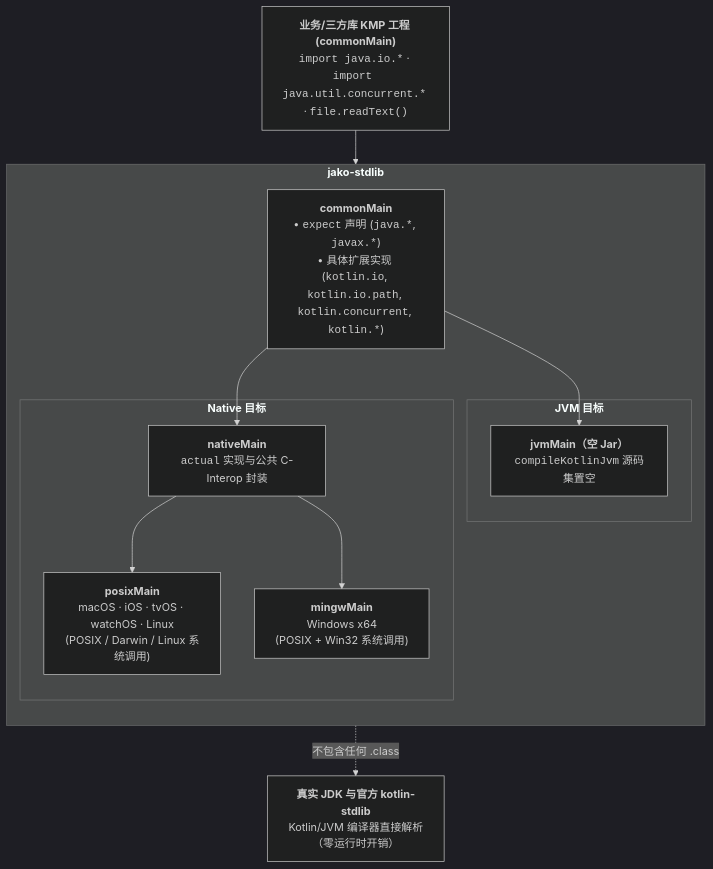
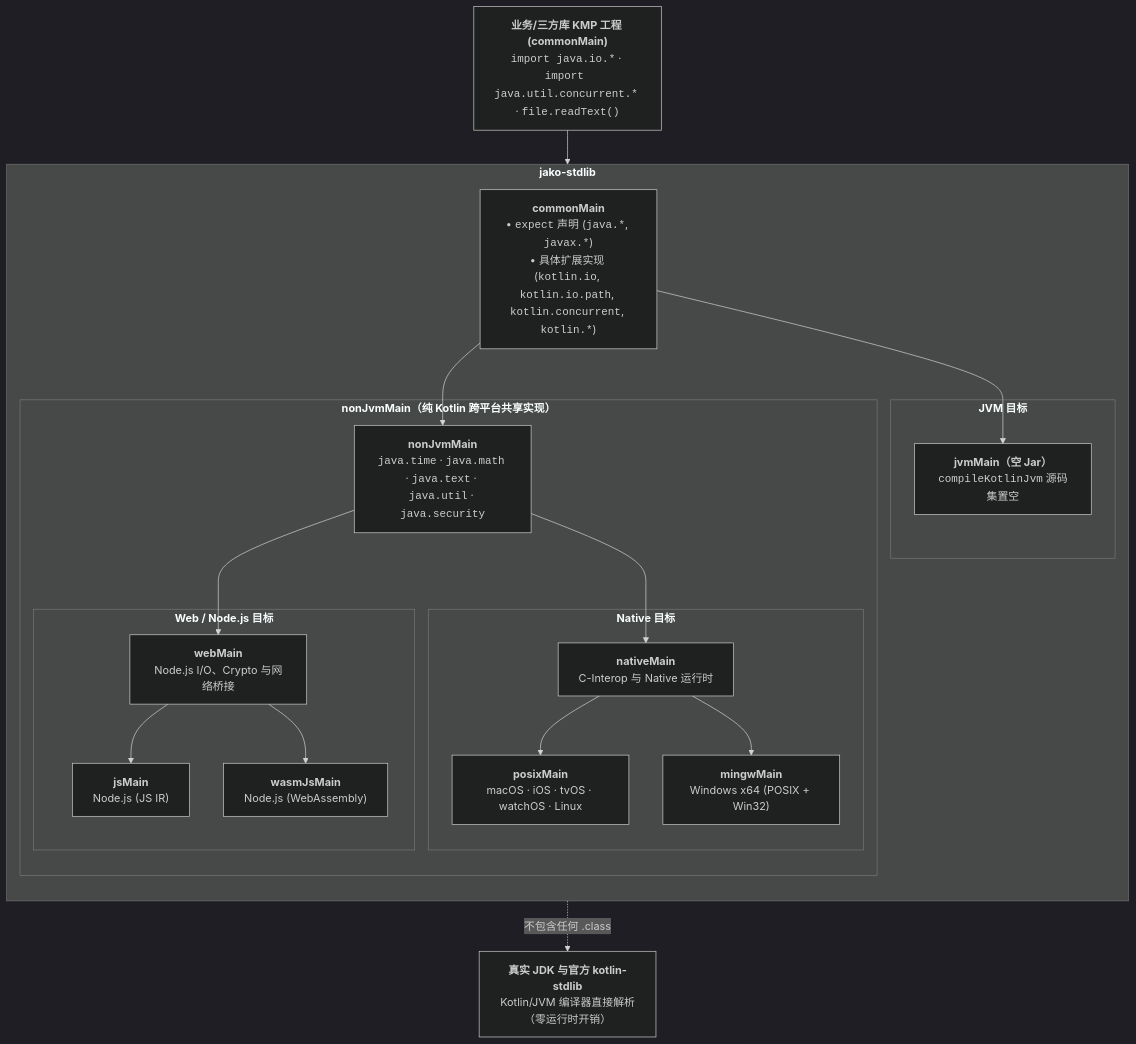
The diagram in README_zh.md (jako-projects/jako), drawn with Mermaid (dark theme) before and after one commit. The commit also changed other lines of this file and 770 other files, not shown here.

Commit message:
feat: add Node.js (jsMain & wasmJsMain) support with nonJvmMain shared source set and real OS I/O

````diff
--- a/README_zh.md
+++ b/README_zh.md
@@ -146,29 +148,44 @@
 ```mermaid
 flowchart TB
     Consumer["<b>业务/三方库 KMP 工程 (commonMain)</b><br/><code>import java.io.*</code> · <code>import java.util.concurrent.*</code> · <code>file.readText()</code>"]
 
     subgraph JakoStdlib["<b>jako-stdlib</b>"]
         direction TB
         Common["<b>commonMain</b><br/>• <code>expect</code> 声明 (<code>java.*</code>, <code>javax.*</code>)<br/>• 具体扩展实现 (<code>kotlin.io</code>, <code>kotlin.io.path</code>, <code>kotlin.concurrent</code>, <code>kotlin.*</code>)"]
 
         subgraph JvmSide["<b>JVM 目标</b>"]
             JvmMain["<b>jvmMain（空 Jar）</b><br/><code>compileKotlinJvm</code> 源码集置空"]
         end
 
-        subgraph NativeSide["<b>Native 目标</b>"]
-            NativeMain["<b>nativeMain</b><br/><code>actual</code> 实现与公共 C-Interop 封装"]
-            PosixMain["<b>posixMain</b><br/>macOS · iOS · tvOS · watchOS · Linux<br/>(POSIX / Darwin / Linux 系统调用)"]
-            MingwMain["<b>mingwMain</b><br/>Windows x64<br/>(POSIX + Win32 系统调用)"]
-            NativeMain --> PosixMain
-            NativeMain --> MingwMain
+        subgraph NonJvmSide["<b>nonJvmMain（纯 Kotlin 跨平台共享实现）</b>"]
+            NonJvmMain["<b>nonJvmMain</b><br/><code>java.time</code> · <code>java.math</code> · <code>java.text</code> · <code>java.util</code> · <code>java.security</code>"]
+
+            subgraph NativeSide["<b>Native 目标</b>"]
+                NativeMain["<b>nativeMain</b><br/>C-Interop 与 Native 运行时"]
+                PosixMain["<b>posixMain</b><br/>macOS · iOS · tvOS · watchOS · Linux"]
+                MingwMain["<b>mingwMain</b><br/>Windows x64 (POSIX + Win32)"]
+                NativeMain --> PosixMain
+                NativeMain --> MingwMain
+            end
+
+            subgraph WebSide["<b>Web / Node.js 目标</b>"]
+                WebMain["<b>webMain</b><br/>Node.js I/O、Crypto 与网络桥接"]
+                JsMain["<b>jsMain</b><br/>Node.js (JS IR)"]
+                WasmJsMain["<b>wasmJsMain</b><br/>Node.js (WebAssembly)"]
+                WebMain --> JsMain
+                WebMain --> WasmJsMain
+            end
+
+            NonJvmMain --> NativeMain
+            NonJvmMain --> WebMain
         end
 
         Common --> JvmMain
-        Common --> NativeMain
+        Common --> NonJvmMain
     end
 
     Jdk["<b>真实 JDK 与官方 kotlin-stdlib</b><br/>Kotlin/JVM 编译器直接解析（零运行时开销）"]
 
     Consumer --> Common
     JvmMain -. "不包含任何 .class" .-> Jdk
 ```
````
